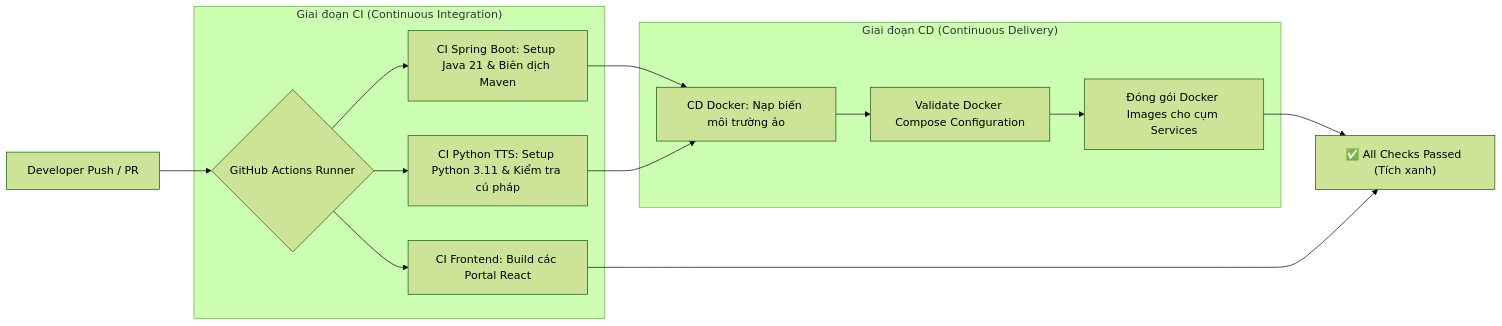
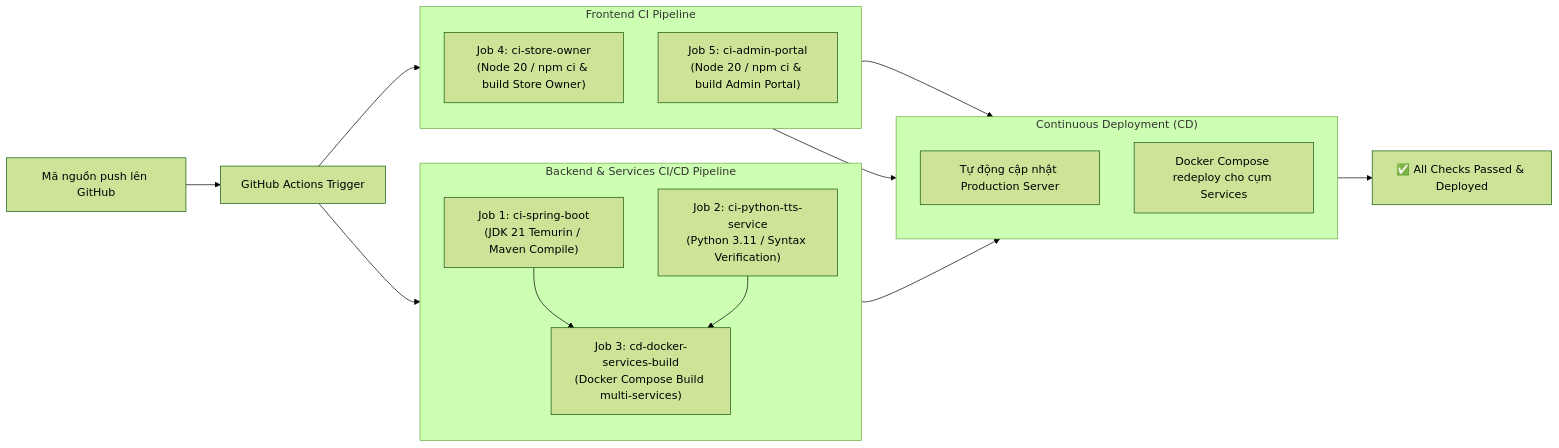
Before and after one commit to QuangVinh-Dev/SoftwareEngineering-Project_SGU: the second of 2 diagrams in Readme.md, drawn with Mermaid (forest theme). The commit also changed other lines of this file, not shown here.

Commit message:
docs: cap nhat 3 domain production live va thong tin test vnpay sandbox vao Readme

````diff
--- a/Readme.md
+++ b/Readme.md
@@ -86,18 +106,29 @@
 ```mermaid
 flowchart LR
-    A["Developer Push / PR"] --> B{"GitHub Actions Runner"}
+    A["Mã nguồn push lên GitHub"] --> B["GitHub Actions Trigger"]
     
-    subgraph CI["Giai đoạn CI (Continuous Integration)"]
-        B --> C1["CI Spring Boot: Setup Java 21 & Biên dịch Maven"]
-        B --> C2["CI Python TTS: Setup Python 3.11 & Kiểm tra cú pháp"]
-        B --> C3["CI Frontend: Build các Portal React"]
+    subgraph BACKEND_CI["Backend & Services CI/CD Pipeline"]
+        direction TB
+        B1["Job 1: ci-spring-boot<br/>(JDK 21 Temurin / Maven Compile)"]
+        B2["Job 2: ci-python-tts-service<br/>(Python 3.11 / Syntax Verification)"]
+        B3["Job 3: cd-docker-services-build<br/>(Docker Compose Build multi-services)"]
+        B1 & B2 --> B3
+    end
+
+    subgraph FRONTEND_CI["Frontend CI Pipeline"]
+        direction TB
+        C1["Job 4: ci-store-owner<br/>(Node 20 / npm ci & build Store Owner)"]
+        C2["Job 5: ci-admin-portal<br/>(Node 20 / npm ci & build Admin Portal)"]
+    end
+
+    B --> BACKEND_CI
+    B --> FRONTEND_CI
+    
+    subgraph DEPLOY["Continuous Deployment (CD)"]
+        D1["Tự động cập nhật Production Server"]
+        D2["Docker Compose redeploy cho cụm Services"]
     end
     
-    subgraph CD["Giai đoạn CD (Continuous Delivery)"]
-        C1 & C2 --> D1["CD Docker: Nạp biến môi trường ảo"]
-        D1 --> D2["Validate Docker Compose Configuration"]
-        D2 --> D3["Đóng gói Docker Images cho cụm Services"]
-    end
-    
-    D3 & C3 --> E["✅ All Checks Passed (Tích xanh)"]
+    B3 & C1 & C2 --> DEPLOY
+    DEPLOY --> E["✅ All Checks Passed & Deployed"]
 ```
````
